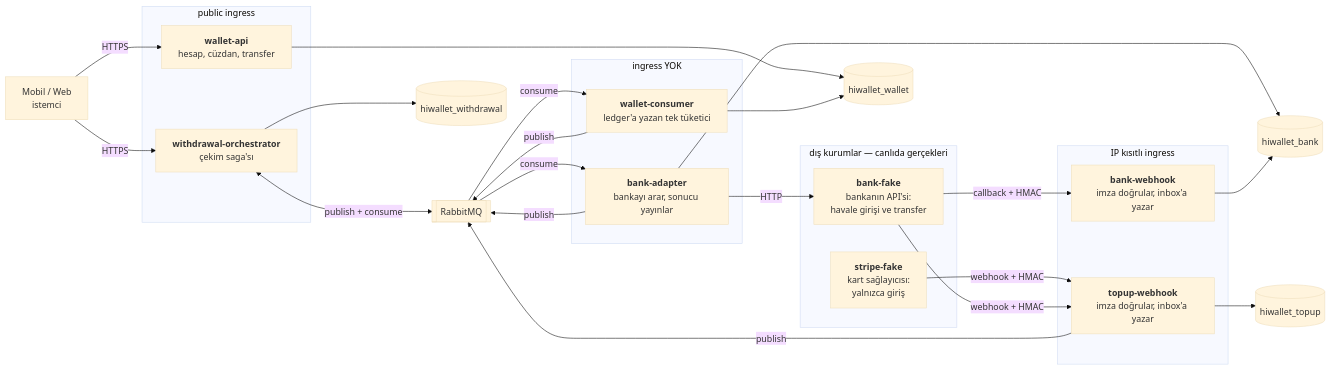
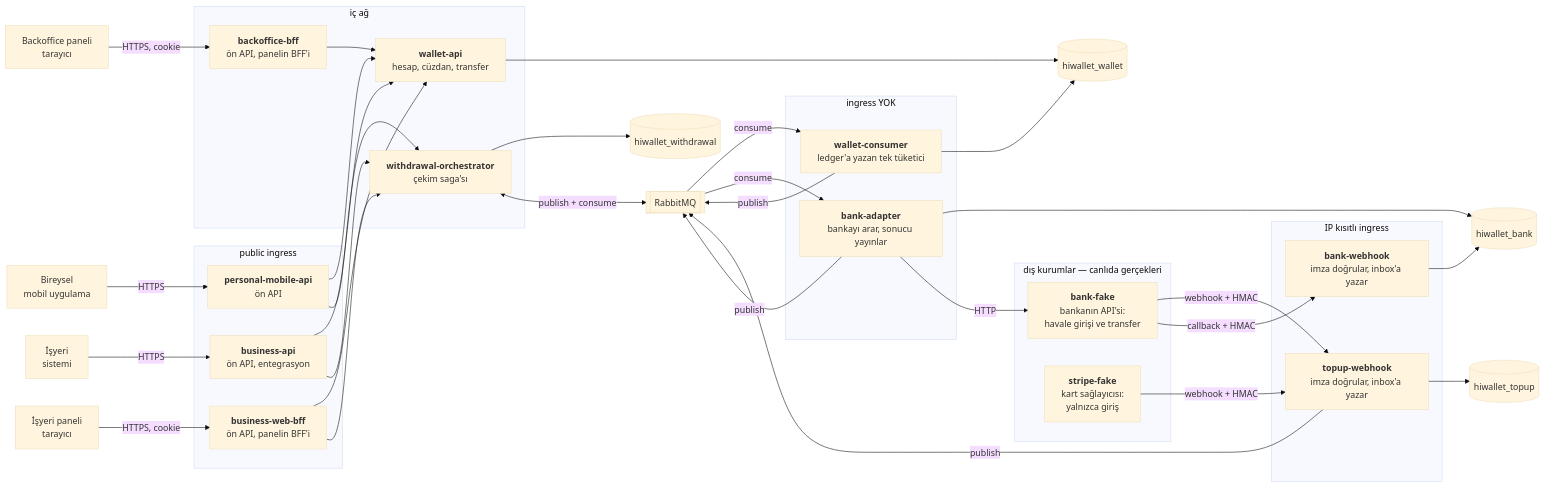
The first of 4 diagrams in docs/architecture.md (firate/HiWallet), drawn with Mermaid (base theme) before and after one commit. The commit also changed other lines of this file and 4 other files, not shown here.

````diff
--- a/docs/architecture.md
+++ b/docs/architecture.md
@@ -13,53 +13,72 @@
 ```mermaid
 flowchart LR
-    client["Mobil / Web<br/>istemci"]
+    client["Bireysel<br/>mobil uygulama"]
+    bclient["İşyeri<br/>sistemi"]
+    bwclient["İşyeri paneli<br/>tarayıcı"]
+    staff["Backoffice paneli<br/>tarayıcı"]
 
     subgraph public["public ingress"]
+        papi["<b>personal-mobile-api</b><br/>ön API"]
+        bapi["<b>business-api</b><br/>ön API, entegrasyon"]
+        bwapi["<b>business-web-bff</b><br/>ön API, panelin BFF'i"]
+    end
+
+    subgraph internal["iç ağ"]
+        boapi["<b>backoffice-bff</b><br/>ön API, panelin BFF'i"]
         api["<b>wallet-api</b><br/>hesap, cüzdan, transfer"]
         orch["<b>withdrawal-orchestrator</b><br/>çekim saga'sı"]
     end
 
     subgraph restricted["IP kısıtlı ingress"]
         hook["<b>topup-webhook</b><br/>imza doğrular, inbox'a yazar"]
         bhook["<b>bank-webhook</b><br/>imza doğrular, inbox'a yazar"]
     end
 
     subgraph noingress["ingress YOK"]
         consumer["<b>wallet-consumer</b><br/>ledger'a yazan tek tüketici"]
         adapter["<b>bank-adapter</b><br/>bankayı arar, sonucu yayınlar"]
     end
 
     subgraph outside["dış kurumlar — canlıda gerçekleri"]
         bank["<b>bank-fake</b><br/>bankanın API'si:<br/>havale girişi ve transfer"]
         stripe["<b>stripe-fake</b><br/>kart sağlayıcısı:<br/>yalnızca giriş"]
     end
 
     mq[["RabbitMQ"]]
 
     wdb[("hiwallet_wallet")]
     tdb[("hiwallet_topup")]
     odb[("hiwallet_withdrawal")]
     bdb[("hiwallet_bank")]
 
-    client -->|HTTPS| api
-    client -->|HTTPS| orch
+    client -->|HTTPS| papi
+    bclient -->|HTTPS| bapi
+    bwclient -->|"HTTPS, cookie"| bwapi
+    staff -->|"HTTPS, cookie"| boapi
+    papi --> api
+    papi --> orch
+    bapi --> api
+    bapi --> orch
+    bwapi --> api
+    bwapi --> orch
+    boapi --> api
     stripe -->|"webhook + HMAC"| hook
     bank -->|"webhook + HMAC"| hook
     bank -->|"callback + HMAC"| bhook
 
     api --> wdb
     consumer --> wdb
     hook --> tdb
     orch --> odb
     adapter --> bdb
     bhook --> bdb
 
     adapter -->|"HTTP"| bank
 
     hook -->|publish| mq
     orch <-->|"publish + consume"| mq
     mq -->|consume| consumer
     consumer -->|publish| mq
     mq -->|consume| adapter
     adapter -->|publish| mq
 ```
````
